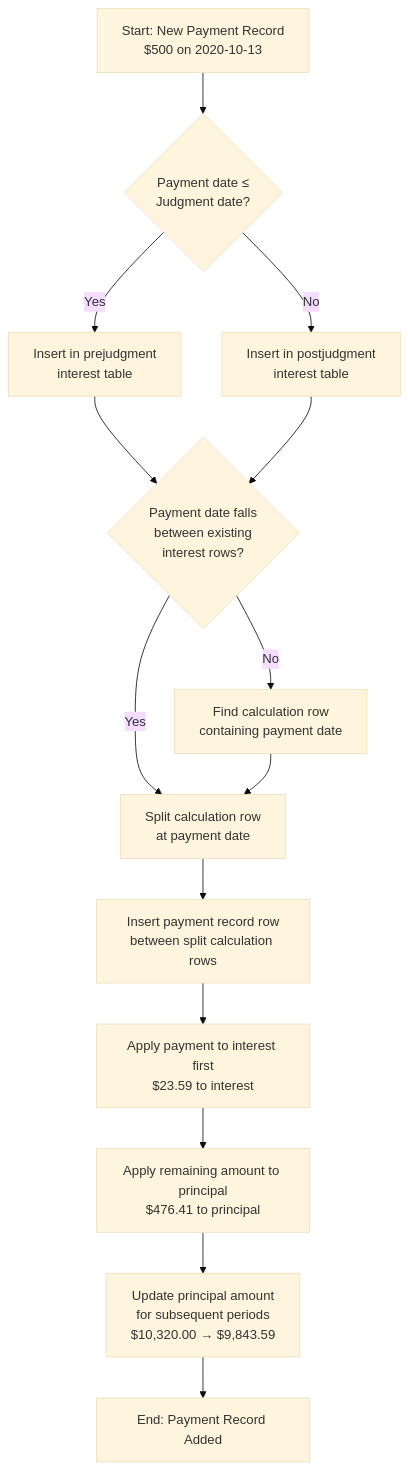
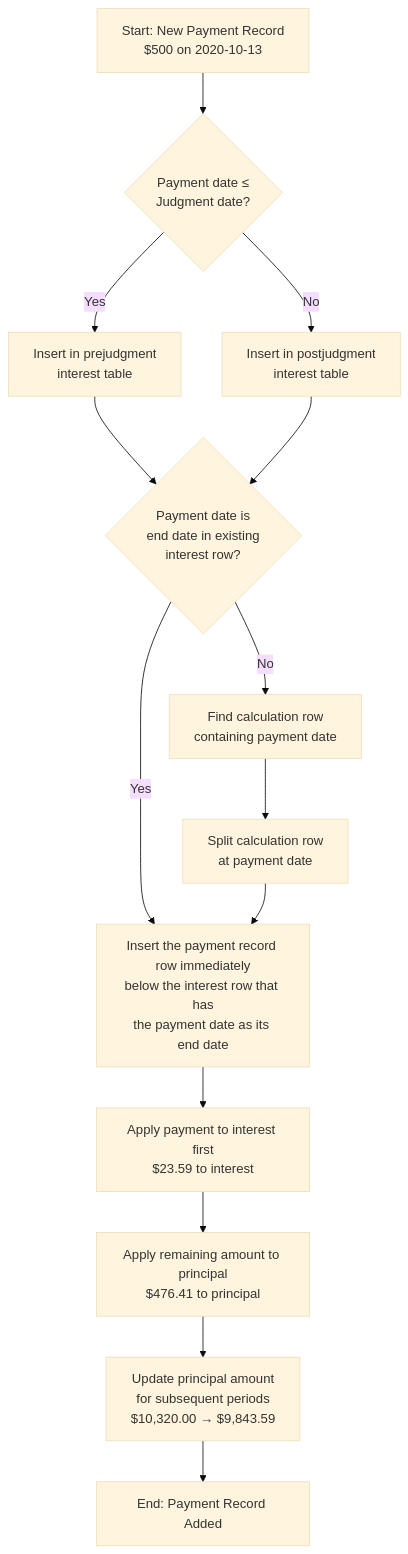
Before and after one commit to Mharbulous/coi-calculator: the diagram in documents/payment tracking/insert_pay_example.md, drawn with Mermaid (base theme). The commit also changed 1 other file, not shown here.

Commit message:
fix(docs): improve payment insertion documentation wording

````diff
--- a/documents/payment tracking/insert_pay_example.md
+++ b/documents/payment tracking/insert_pay_example.md
@@ -1,24 +1,24 @@
 ```mermaid
 flowchart TD
     A[Start: New Payment Record<br>$500 on 2020-10-13] --> B{Payment date ≤<br>Judgment date?}
     B -->|Yes| C[Insert in prejudgment<br>interest table]
     B -->|No| D[Insert in postjudgment<br>interest table]
     
-    C --> E{Payment date falls<br>between existing<br>interest rows?}
+    C --> E{Payment date is <br>end date in existing<br>interest row?}
     D --> E
     
-    E -->|Yes| G[Split calculation row<br>at payment date]
+    E -->|Yes| H[Insert the payment record row immediately<br>below the interest row that has<br>the payment date as its end date]
     E -->|No| F[Find calculation row<br>containing payment date]
     
-    F --> G
+    F --> G[Split calculation row<br>at payment date]
     
-    G --> H[Insert payment record row<br>between split calculation rows]
+    G --> H
     
     H --> I[Apply payment to interest first<br>$23.59 to interest]
     
     I --> J[Apply remaining amount to principal<br>$476.41 to principal]
     
     J --> K[Update principal amount<br>for subsequent periods<br>$10,320.00 → $9,843.59]
     
     K --> L[End: Payment Record Added]
 ```
````
